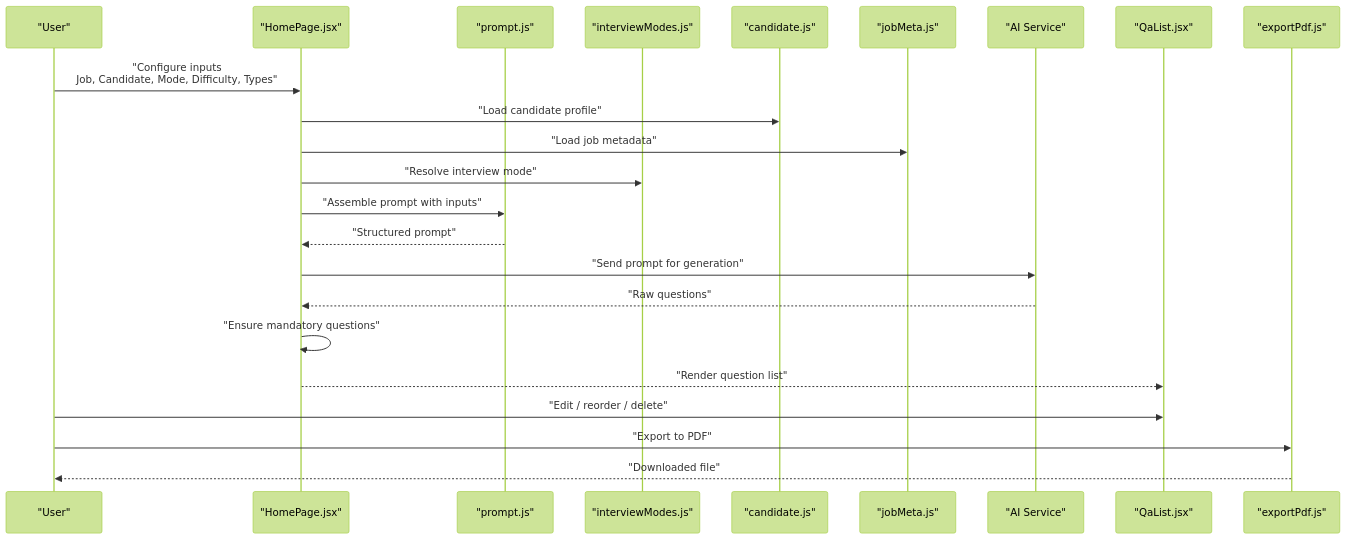
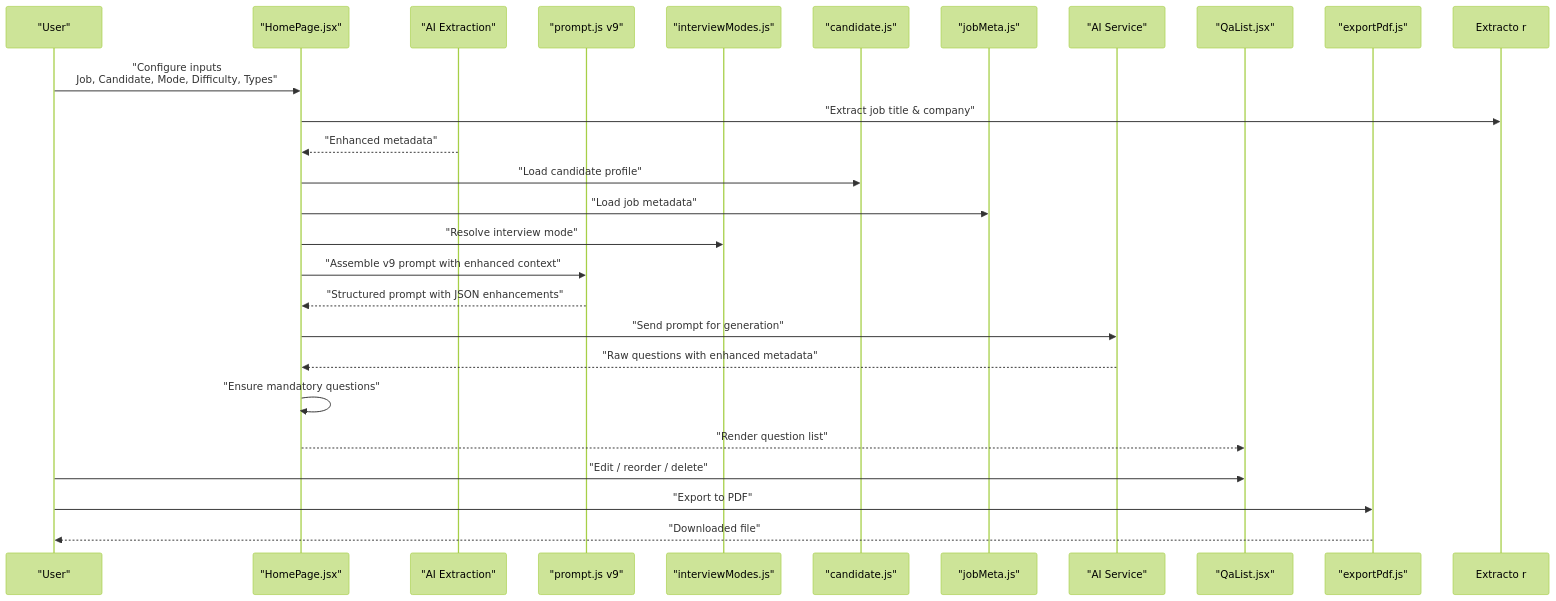
The second of 6 diagrams in .qoder/repowiki/en/content/Core Features/Interview Question Generator/Interview Question Generator.md (zmyeo54/briefroom), drawn with Mermaid (forest theme) before and after one commit. The commit also changed other lines of this file and 42 other files, not shown here.

First line of the commit message:
feat(job-application): enhance job metadata extraction and processing capabilities

````diff
--- a/.qoder/repowiki/en/content/Core Features/Interview Question Generator/Interview Question Generator.md
+++ b/.qoder/repowiki/en/content/Core Features/Interview Question Generator/Interview Question Generator.md
@@ -124,25 +132,28 @@
 ```mermaid
 sequenceDiagram
 participant User as "User"
 participant Page as "HomePage.jsx"
-participant Prompt as "prompt.js"
+participant Extractor as "AI Extraction"
+participant Prompt as "prompt.js v9"
 participant Modes as "interviewModes.js"
 participant Cand as "candidate.js"
 participant Job as "jobMeta.js"
 participant Gen as "AI Service"
 participant List as "QaList.jsx"
 participant Export as "exportPdf.js"
 User->>Page : "Configure inputs<br/>Job, Candidate, Mode, Difficulty, Types"
+Page->>Extracto r : "Extract job title & company"
+Extractor-->>Page : "Enhanced metadata"
 Page->>Cand : "Load candidate profile"
 Page->>Job : "Load job metadata"
 Page->>Modes : "Resolve interview mode"
-Page->>Prompt : "Assemble prompt with inputs"
-Prompt-->>Page : "Structured prompt"
+Page->>Prompt : "Assemble v9 prompt with enhanced context"
+Prompt-->>Page : "Structured prompt with JSON enhancements"
 Page->>Gen : "Send prompt for generation"
-Gen-->>Page : "Raw questions"
+Gen-->>Page : "Raw questions with enhanced metadata"
 Page->>Page : "Ensure mandatory questions"
 Page-->>List : "Render question list"
 User->>List : "Edit / reorder / delete"
 User->>Export : "Export to PDF"
 Export-->>User : "Downloaded file"
 ```
````
